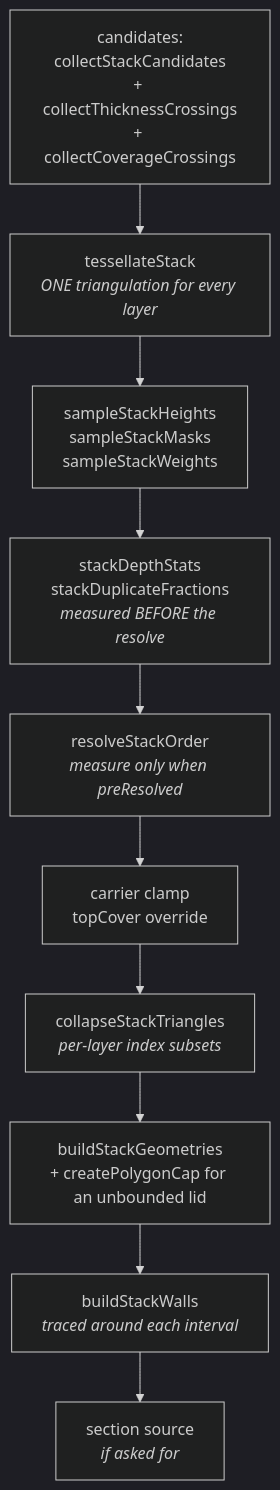
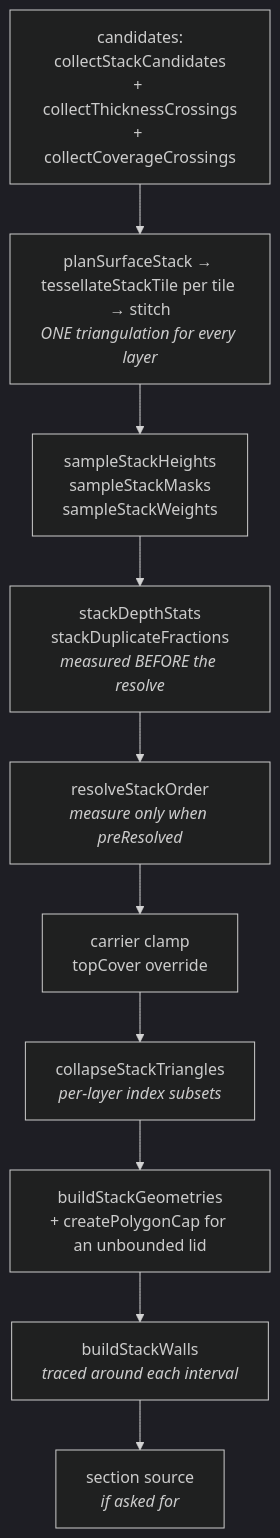
One commit to equinor/videx-3d changed the second of 2 diagrams in documents/chunk-stack/build-pipeline.md. Above: the diagram before and after it, drawn with Mermaid (dark theme). The commit also changed other lines of this file and 64 other files, not shown here.

Commit message:
feat(chunks): tiled tessellation with per-tile LOD, culling and peel patches under LOD, change-driven picking, used-range section uploads and a 1e-7 OIT front-peel default

````diff
--- a/documents/chunk-stack/build-pipeline.md
+++ b/documents/chunk-stack/build-pipeline.md
@@ -272,12 +279,12 @@
 ```mermaid
 flowchart TD
-  A["candidates:<br/>collectStackCandidates<br/>+ collectThicknessCrossings<br/>+ collectCoverageCrossings"] --> B["tessellateStack<br/><i>ONE triangulation for every layer</i>"]
+  A["candidates:<br/>collectStackCandidates<br/>+ collectThicknessCrossings<br/>+ collectCoverageCrossings"] --> B["planSurfaceStack → tessellateStackTile per tile → stitch<br/><i>ONE triangulation for every layer</i>"]
   B --> C["sampleStackHeights<br/>sampleStackMasks<br/>sampleStackWeights"]
   C --> D["stackDepthStats<br/>stackDuplicateFractions<br/><i>measured BEFORE the resolve</i>"]
   D --> E["resolveStackOrder<br/><i>measure only when preResolved</i>"]
   E --> F["carrier clamp<br/>topCover override"]
   F --> G["collapseStackTriangles<br/><i>per-layer index subsets</i>"]
   G --> H["buildStackGeometries<br/>+ createPolygonCap for an unbounded lid"]
   H --> I["buildStackWalls<br/><i>traced around each interval</i>"]
   I --> J["section source<br/><i>if asked for</i>"]
 ```
````
